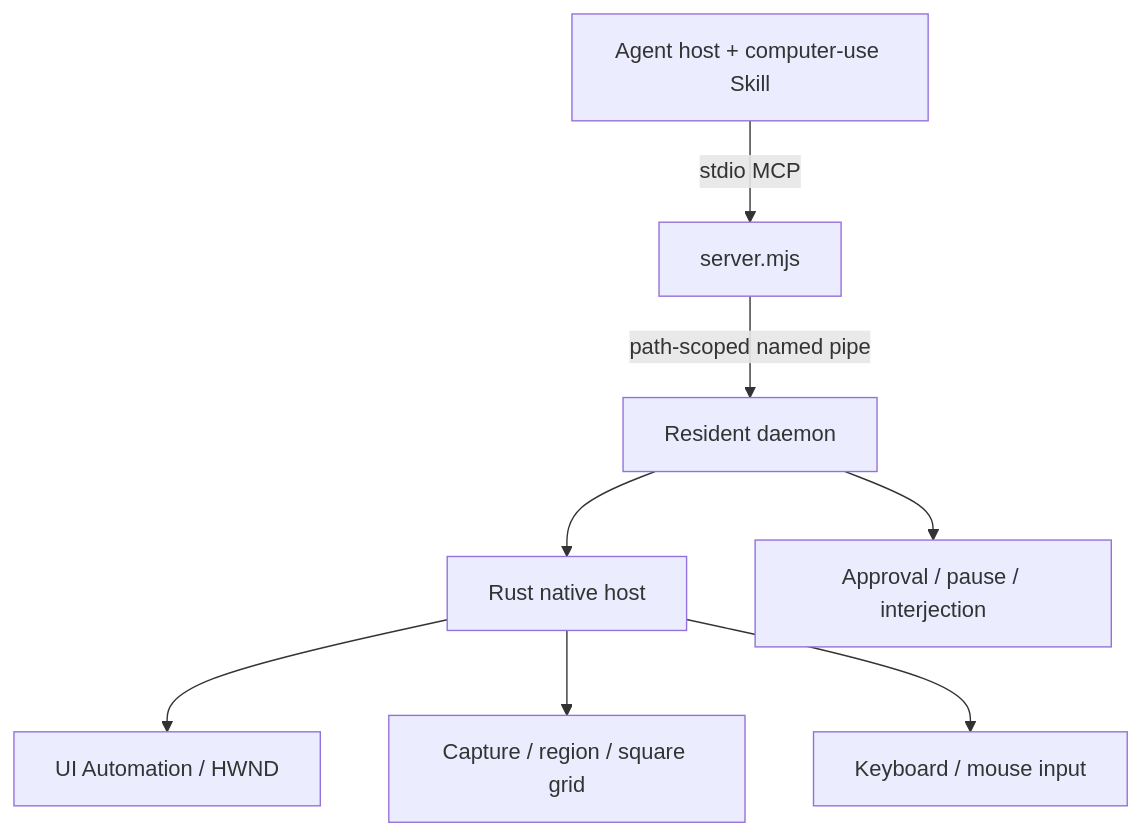
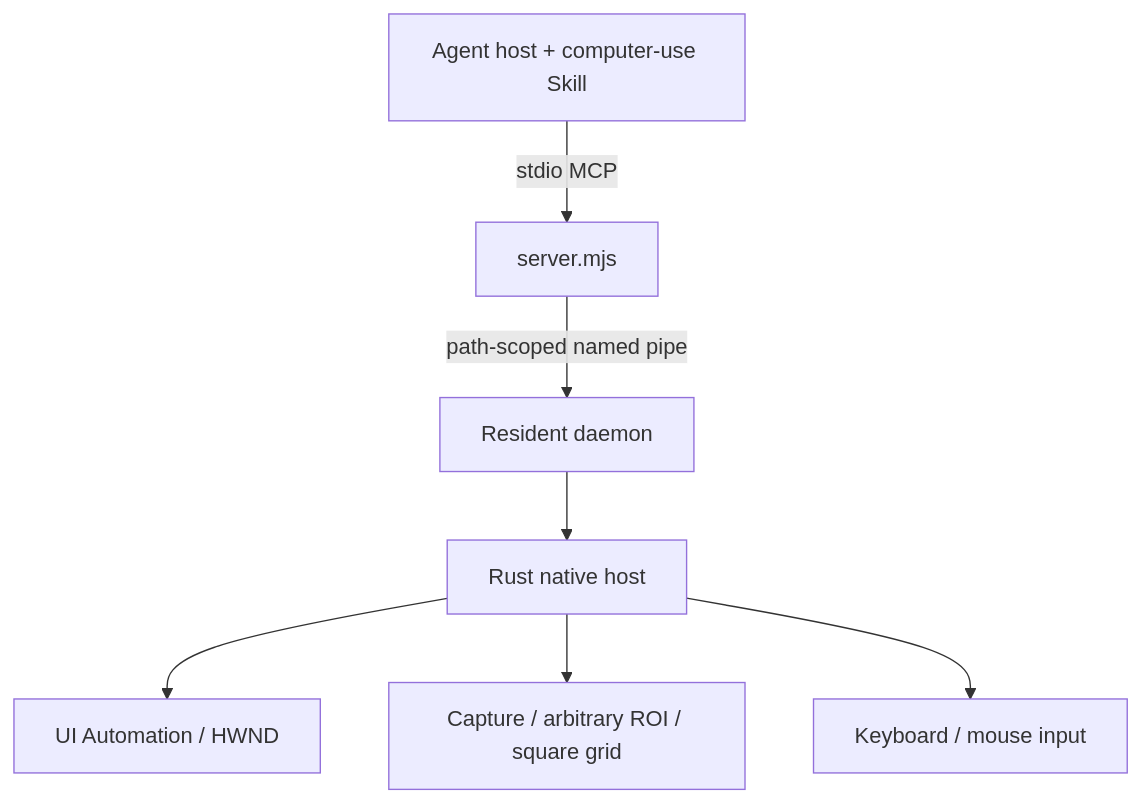
One commit to Guojiz/FastCUA changed the diagram in README.md. Above: the diagram before and after it, drawn with Mermaid. The commit also changed other lines of this file, not shown here.

Commit message:
docs: clarify agent-defined ROI and remove retired human controls

````diff
--- a/README.md
+++ b/README.md
@@ -282,10 +299,9 @@
 ```mermaid
 flowchart TB
   A["Agent host + computer-use Skill"] -->|"stdio MCP"| B["server.mjs"]
   B -->|"path-scoped named pipe"| C["Resident daemon"]
   C --> D["Rust native host"]
   D --> E["UI Automation / HWND"]
-  D --> F["Capture / region / square grid"]
+  D --> F["Capture / arbitrary ROI / square grid"]
   D --> G["Keyboard / mouse input"]
-  C --> H["Approval / pause / interjection"]
 ```
````
